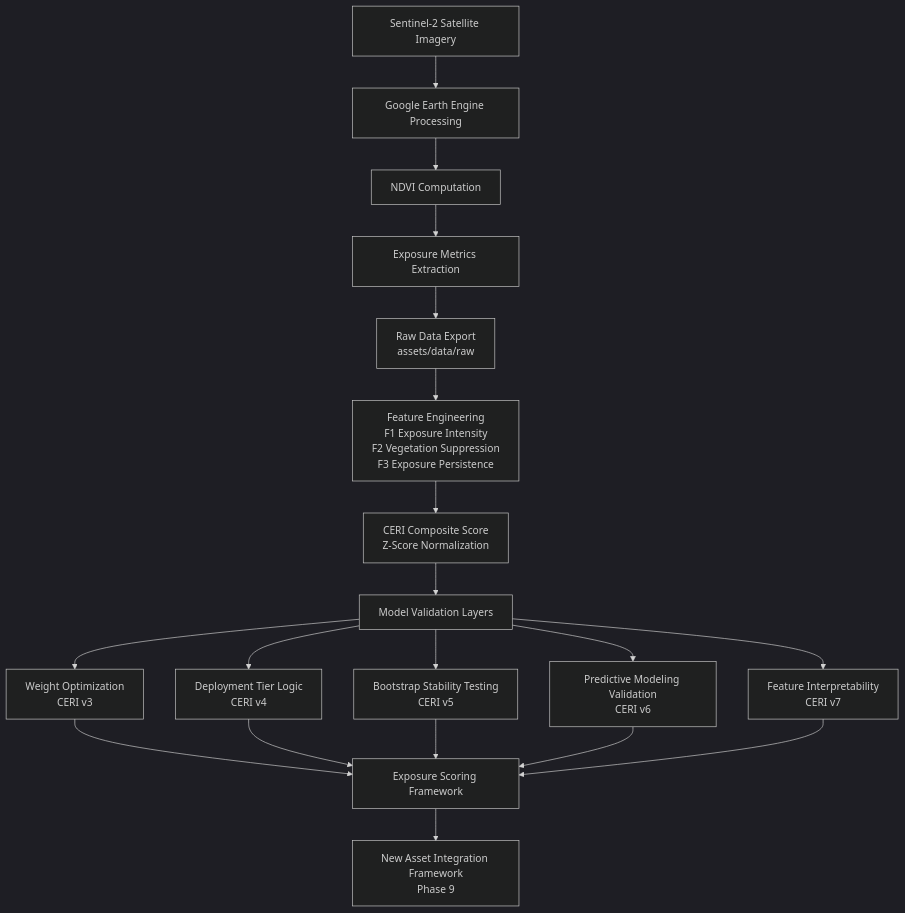
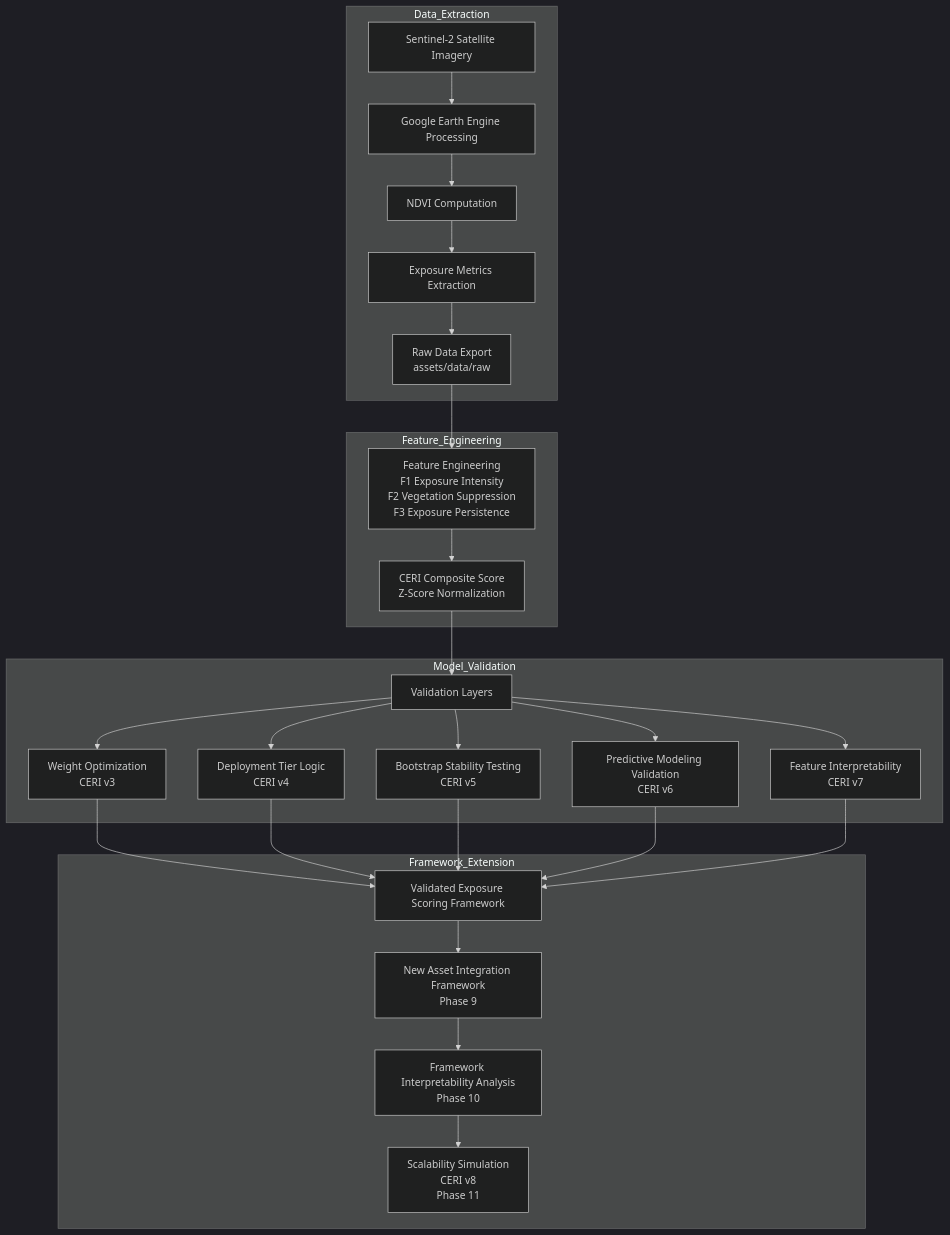
The diagram in README.md (aniray2908/satellite-esg-risk-engine), drawn with Mermaid (dark theme) before and after one commit.

````diff
--- a/README.md
+++ b/README.md
@@ -42,30 +42,52 @@
 ```mermaid
 flowchart TD
 
-A[Sentinel-2 Satellite Imagery] --> B[Google Earth Engine Processing]
+subgraph Data_Extraction
+A[Sentinel-2 Satellite Imagery]
+B[Google Earth Engine Processing]
+C[NDVI Computation]
+D[Exposure Metrics Extraction]
+E[Raw Data Export<br>assets/data/raw]
 
-B --> C[NDVI Computation]
-C --> D[Exposure Metrics Extraction]
+A --> B --> C --> D --> E
+end
 
-D --> E[Raw Data Export<br>assets/data/raw]
+subgraph Feature_Engineering
+F[Feature Engineering<br>F1 Exposure Intensity<br>F2 Vegetation Suppression<br>F3 Exposure Persistence]
+G[CERI Composite Score<br>Z-Score Normalization]
 
-E --> F[Feature Engineering<br>F1 Exposure Intensity<br>F2 Vegetation Suppression<br>F3 Exposure Persistence]
+E --> F --> G
+end
 
-F --> G[CERI Composite Score<br>Z-Score Normalization]
+subgraph Model_Validation
+H[Validation Layers]
 
-G --> H[Model Validation Layers]
+I[Weight Optimization<br>CERI v3]
+J[Deployment Tier Logic<br>CERI v4]
+K[Bootstrap Stability Testing<br>CERI v5]
+L[Predictive Modeling Validation<br>CERI v6]
+M[Feature Interpretability<br>CERI v7]
 
-H --> I[Weight Optimization<br>CERI v3]
-H --> J[Deployment Tier Logic<br>CERI v4]
-H --> K[Bootstrap Stability Testing<br>CERI v5]
-H --> L[Predictive Modeling Validation<br>CERI v6]
-H --> M[Feature Interpretability<br>CERI v7]
+G --> H
+H --> I
+H --> J
+H --> K
+H --> L
+H --> M
+end
 
-I --> N[Exposure Scoring Framework]
+subgraph Framework_Extension
+N[Validated Exposure Scoring Framework]
+O[New Asset Integration Framework<br>Phase 9]
+P[Framework Interpretability Analysis<br>Phase 10]
+Q[Scalability Simulation<br>CERI v8<br>Phase 11]
+
+I --> N
 J --> N
 K --> N
 L --> N
 M --> N
 
-N --> O[New Asset Integration Framework<br>Phase 9]
+N --> O --> P --> Q
+end
 ```
````
